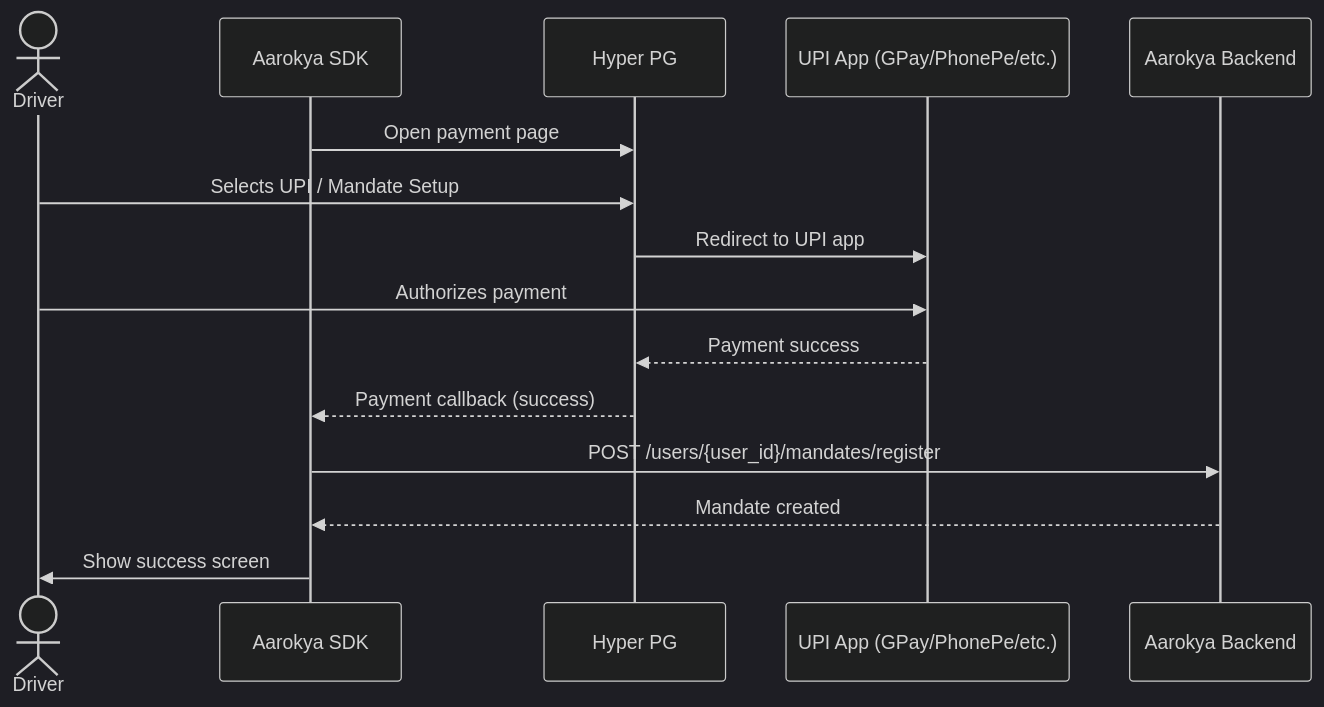
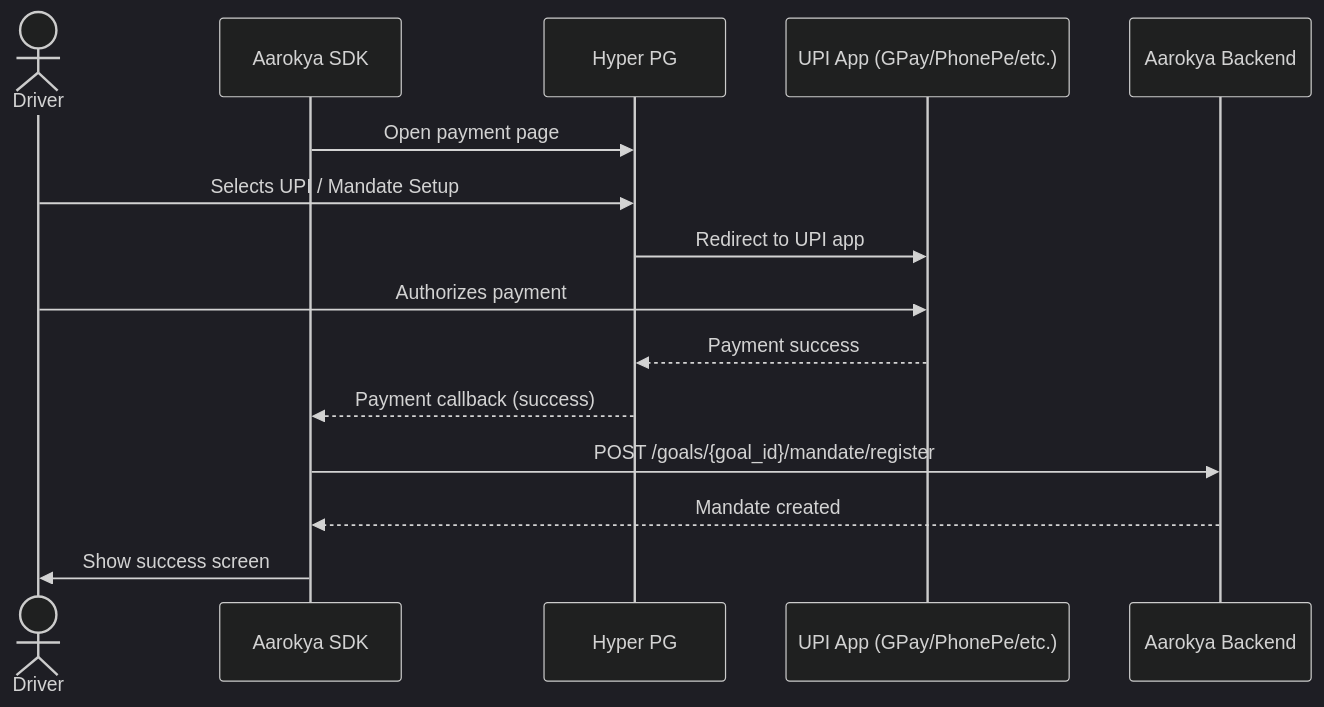
The seventh of 11 diagrams in api-reference/architecture/screen-flows.mdx (anu19981/aarokya-backend), drawn with Mermaid (dark theme) before and after one commit. The commit also changed other lines of this file and 90 other files, not shown here.

Commit message:
sync: update api-reference from aarokya-agentic-app

````diff
--- a/api-reference/architecture/screen-flows.mdx
+++ b/api-reference/architecture/screen-flows.mdx
@@ -218,18 +215,18 @@
 ```mermaid
 sequenceDiagram
     actor Driver
     participant App as Aarokya SDK
     participant PG as Hyper PG
     participant UPI as UPI App (GPay/PhonePe/etc.)
     participant API as Aarokya Backend
 
     App->>PG: Open payment page
     Driver->>PG: Selects UPI / Mandate Setup
     PG->>UPI: Redirect to UPI app
     Driver->>UPI: Authorizes payment
     UPI-->>PG: Payment success
     PG-->>App: Payment callback (success)
-    App->>API: POST /users/{user_id}/mandates/register
+    App->>API: POST /goals/{goal_id}/mandate/register
     API-->>App: Mandate created
     App->>Driver: Show success screen
 ```
````
